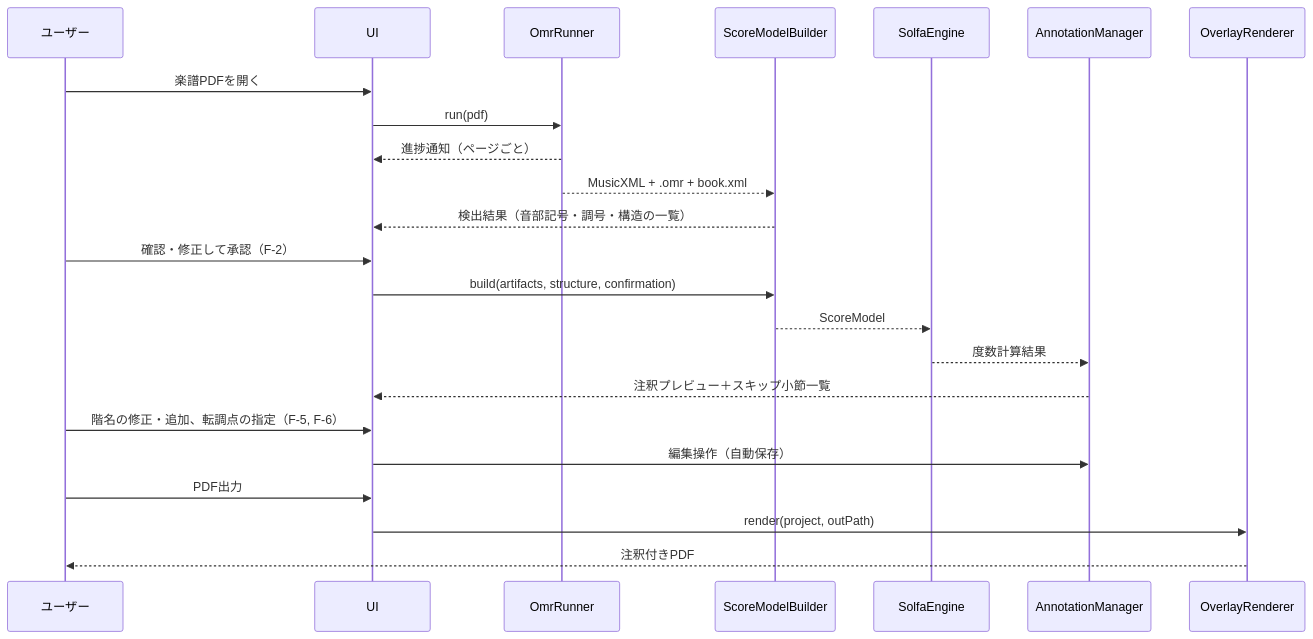
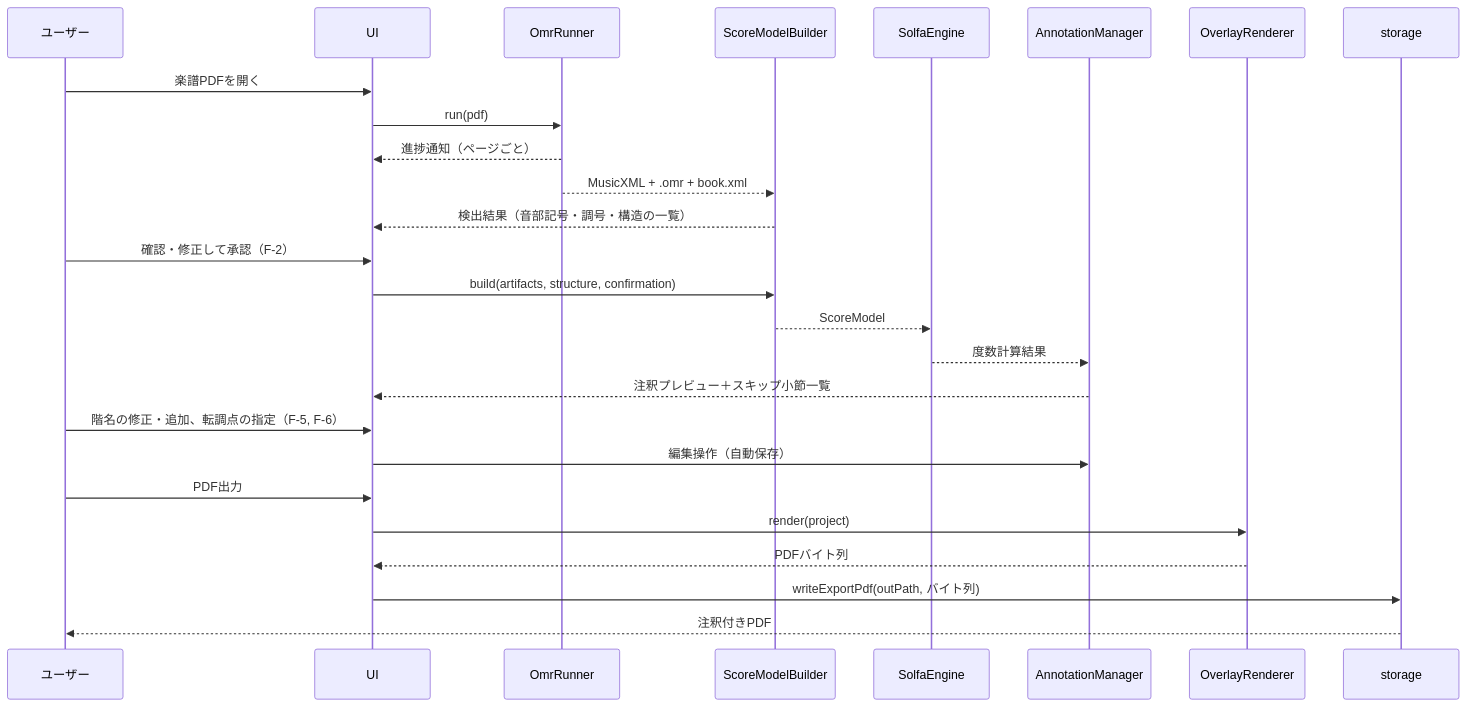
Before and after one commit to ntnamazu/solfa-overlay: the third of 4 diagrams in docs/functional-design.md, drawn with Mermaid. The commit also changed other lines of this file and 2 other files, not shown here.

````diff
--- a/docs/functional-design.md
+++ b/docs/functional-design.md
@@ -417,26 +430,29 @@
 ```mermaid
 sequenceDiagram
     participant User as ユーザー
     participant UI
     participant OMR as OmrRunner
     participant Builder as ScoreModelBuilder
     participant Solfa as SolfaEngine
     participant Annot as AnnotationManager
     participant Render as OverlayRenderer
+    participant Store as storage
 
     User->>UI: 楽譜PDFを開く
     UI->>OMR: run(pdf)
     OMR-->>UI: 進捗通知（ページごと）
     OMR-->>Builder: MusicXML + .omr + book.xml
     Builder-->>UI: 検出結果（音部記号・調号・構造の一覧）
     User->>UI: 確認・修正して承認（F-2）
     UI->>Builder: build(artifacts, structure, confirmation)
     Builder-->>Solfa: ScoreModel
     Solfa-->>Annot: 度数計算結果
     Annot-->>UI: 注釈プレビュー＋スキップ小節一覧
     User->>UI: 階名の修正・追加、転調点の指定（F-5, F-6）
     UI->>Annot: 編集操作（自動保存）
     User->>UI: PDF出力
-    UI->>Render: render(project, outPath)
-    Render-->>User: 注釈付きPDF
+    UI->>Render: render(project)
+    Render-->>UI: PDFバイト列
+    UI->>Store: writeExportPdf(outPath, バイト列)
+    Store-->>User: 注釈付きPDF
 ```
````
